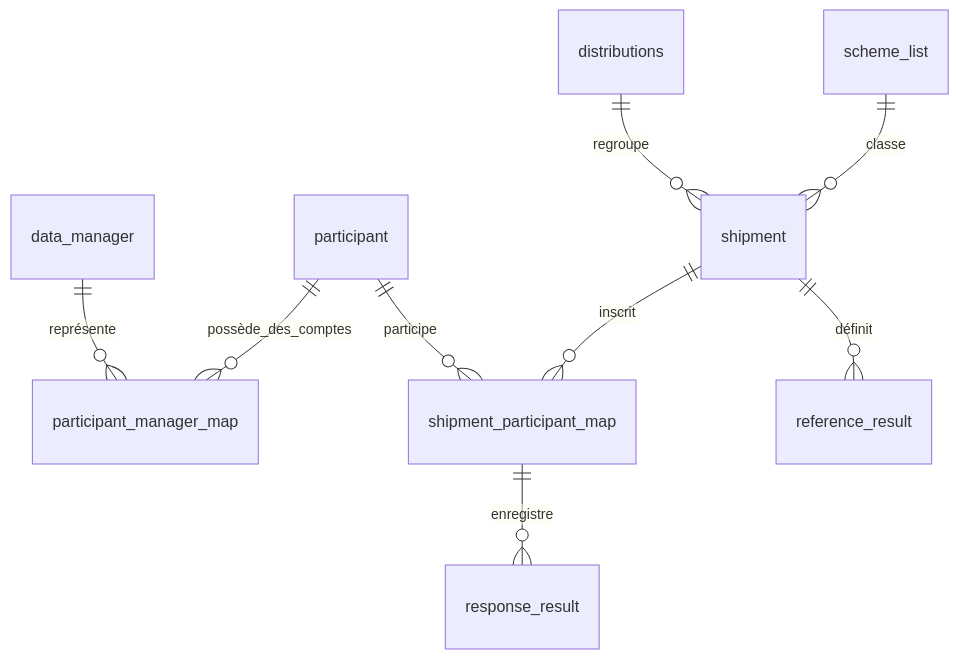
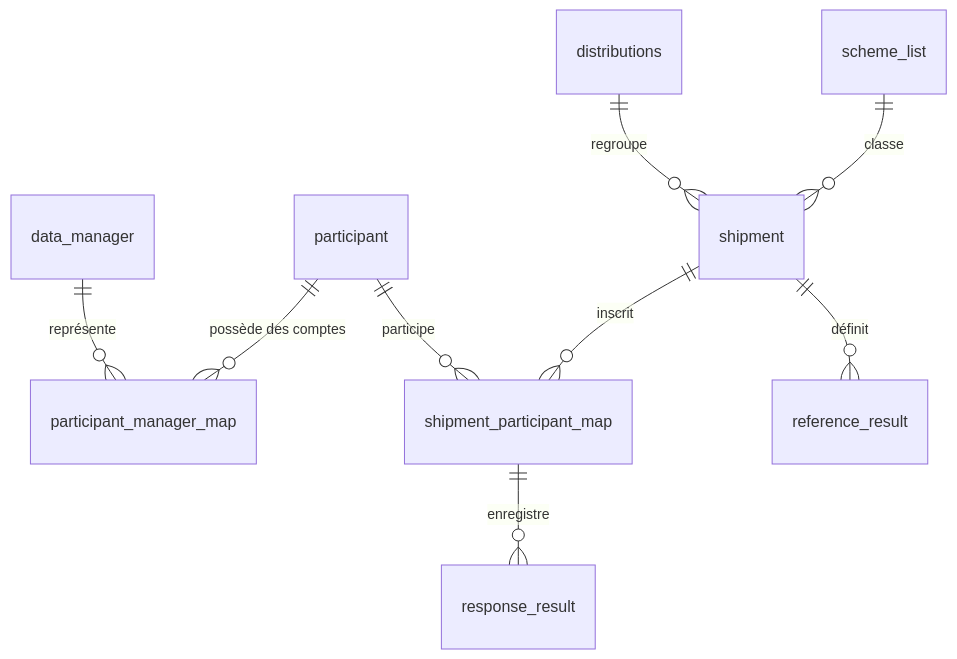
One commit to deforay/ept changed the diagram in docs/fr/data-model.md. Above: the diagram before and after it, drawn with Mermaid. The commit also changed other lines of this file and 13 other files, not shown here.

````diff
--- a/docs/fr/data-model.md
+++ b/docs/fr/data-model.md
@@ -10,11 +10,11 @@
 ```mermaid
 erDiagram
-    data_manager ||--o{ participant_manager_map : représente
-    participant ||--o{ participant_manager_map : possède_des_comptes
+    data_manager ||--o{ participant_manager_map : "représente"
+    participant ||--o{ participant_manager_map : "possède des comptes"
     distributions ||--o{ shipment : regroupe
     scheme_list ||--o{ shipment : classe
     participant ||--o{ shipment_participant_map : participe
     shipment ||--o{ shipment_participant_map : inscrit
-    shipment ||--o{ reference_result : définit
+    shipment ||--o{ reference_result : "définit"
     shipment_participant_map ||--o{ response_result : enregistre
 ```
````
